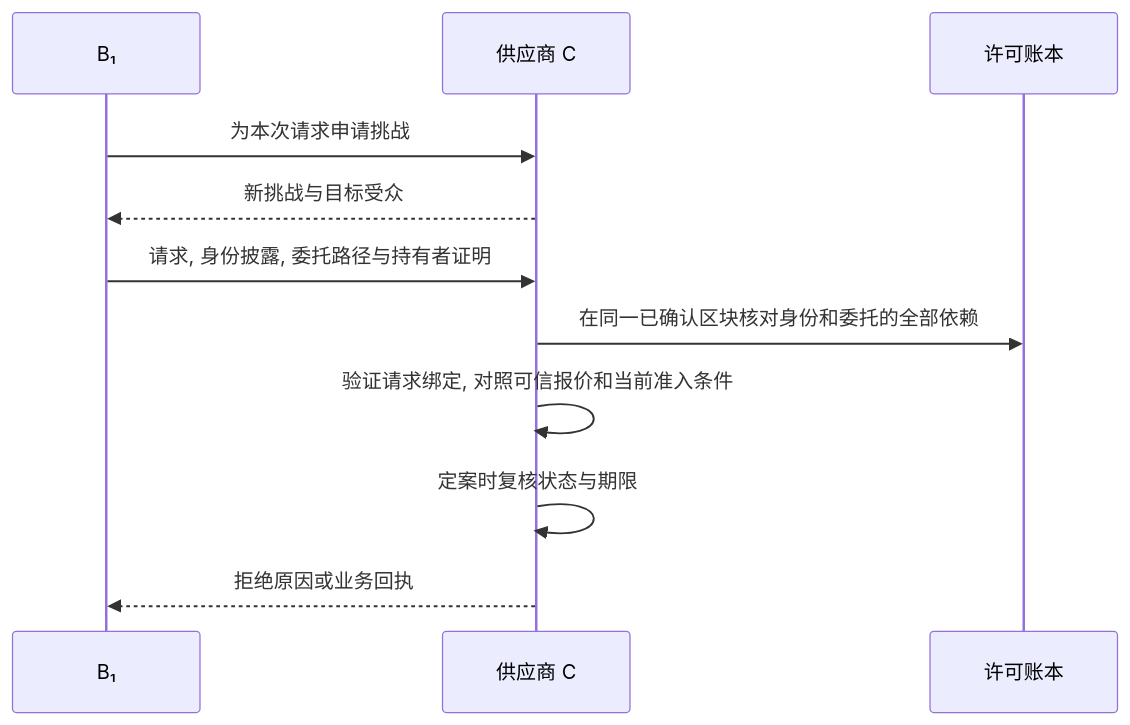
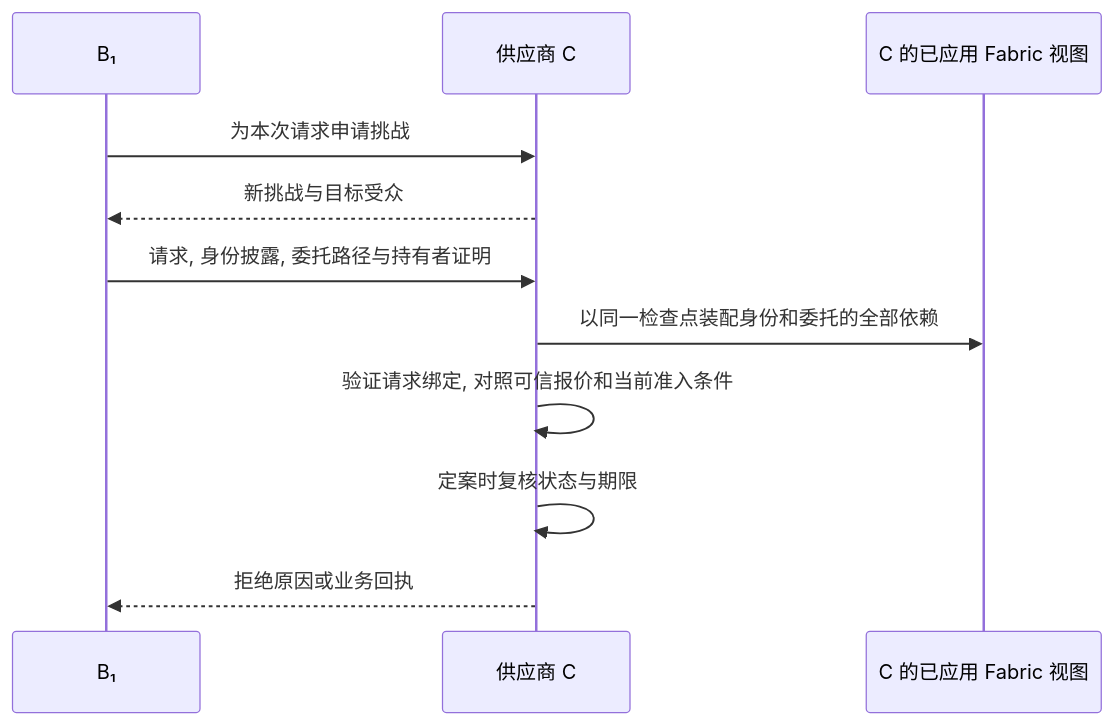
The first of 2 diagrams in docs/design/请求认证与状态一致性.md (yjydist/graduation-design), drawn with Mermaid before and after one commit. The commit also changed other lines of this file and 2839 other files, not shown here.

````diff
--- a/docs/design/请求认证与状态一致性.md
+++ b/docs/design/请求认证与状态一致性.md
@@ -5,13 +5,13 @@
 ```mermaid
 sequenceDiagram
     participant B as B₁
     participant C as 供应商 C
-    participant L as 许可账本
+    participant L as C 的已应用 Fabric 视图
     B->>C: 为本次请求申请挑战
     C-->>B: 新挑战与目标受众
     B->>C: 请求, 身份披露, 委托路径与持有者证明
-    C->>L: 在同一已确认区块核对身份和委托的全部依赖
+    C->>L: 以同一检查点装配身份和委托的全部依赖
     C->>C: 验证请求绑定, 对照可信报价和当前准入条件
     C->>C: 定案时复核状态与期限
     C-->>B: 拒绝原因或业务回执
 ```
````
